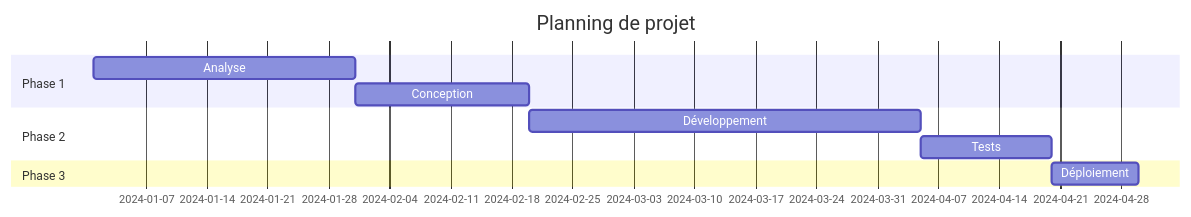
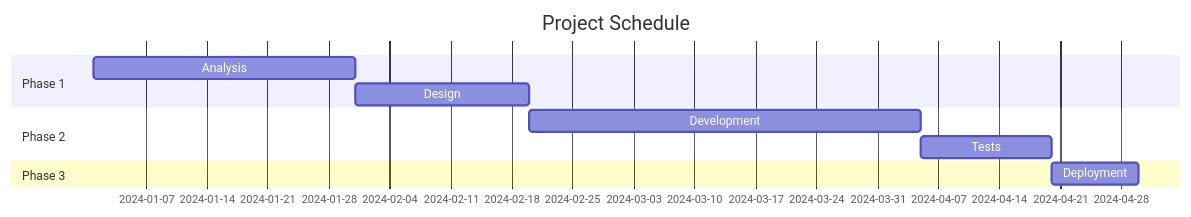
One commit to pleymor/homebrew-md2pdf changed the fourth of 5 diagrams in example.md. Above: the diagram before and after it, drawn with Mermaid. The commit also changed other lines of this file and 1 other file, not shown here.

````diff
--- a/example.md
+++ b/example.md
@@ -136,13 +136,13 @@
 ```mermaid
 gantt
-    title Planning de projet
+    title Project Schedule
     dateFormat YYYY-MM-DD
     section Phase 1
-    Analyse       :a1, 2024-01-01, 30d
-    Conception    :a2, after a1, 20d
+    Analysis      :a1, 2024-01-01, 30d
+    Design        :a2, after a1, 20d
     section Phase 2
-    Développement :a3, after a2, 45d
+    Development   :a3, after a2, 45d
     Tests         :a4, after a3, 15d
     section Phase 3
-    Déploiement   :after a4, 10d
+    Deployment    :after a4, 10d
 ```
````
